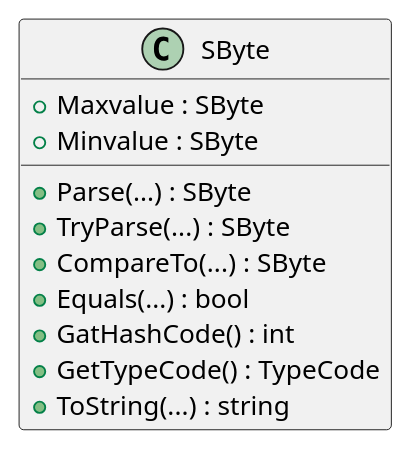
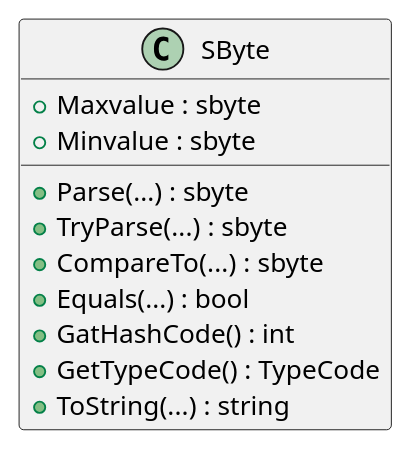
One commit to 03376836-OOP-2566/03376836-OOP-2566-Lab-02 changed the first of 3 diagrams in 65030258_HOMEWORK/Lab-02-part-1/README.md. Above: the diagram before and after it, drawn with PlantUML. The commit also changed other lines of this file, not shown here.

````diff
--- a/65030258_HOMEWORK/Lab-02-part-1/README.md
+++ b/65030258_HOMEWORK/Lab-02-part-1/README.md
@@ -5,18 +6,18 @@
 ```plantuml   
 @startuml
 class SByte
 {
-  + Maxvalue : SByte
-  + Minvalue : SByte
+  + Maxvalue : sbyte
+  + Minvalue : sbyte
 
-  + Parse(...) : SByte 
-  + TryParse(...) : SByte
-  + CompareTo(...) : SByte
+  + Parse(...) : sbyte 
+  + TryParse(...) : sbyte
+  + CompareTo(...) : sbyte
   + Equals(...) : bool
   + GatHashCode() : int
   + GetTypeCode() : TypeCode
   + ToString(...) : string
 }
 @enduml
 #Sittha Klaphanich
 ```
````
